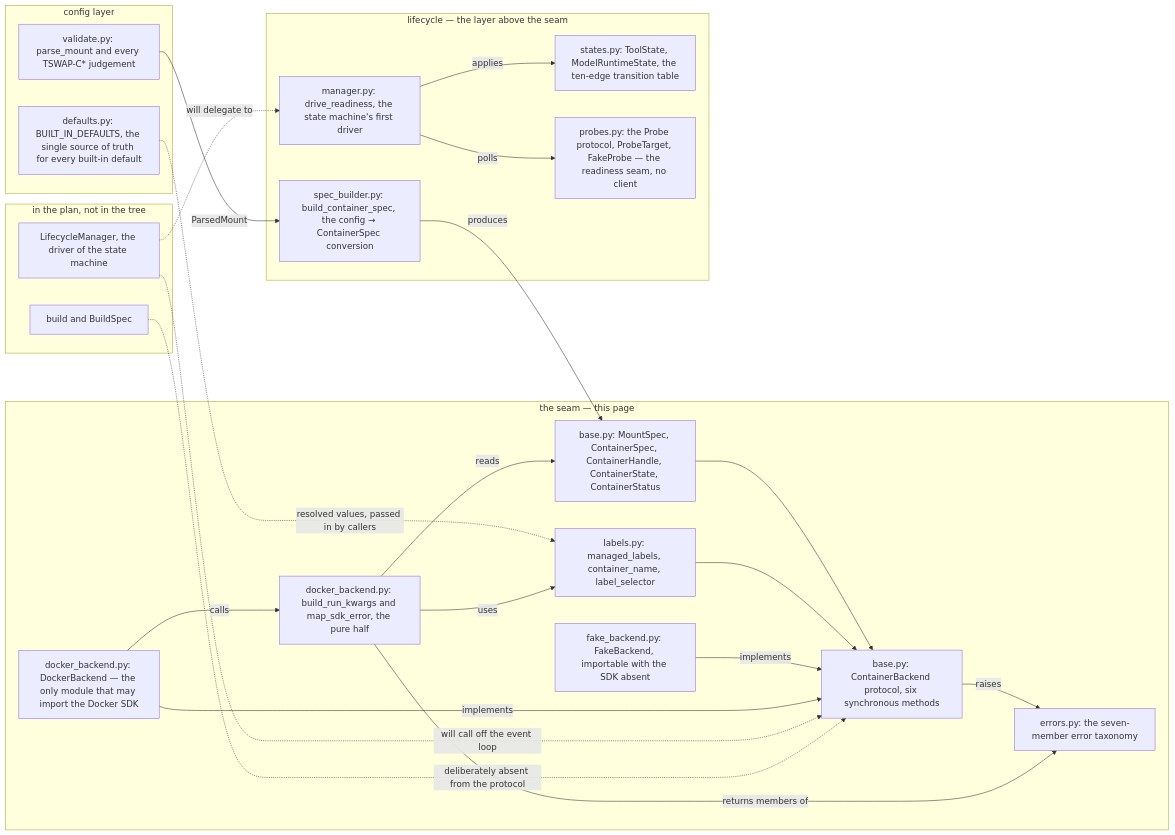
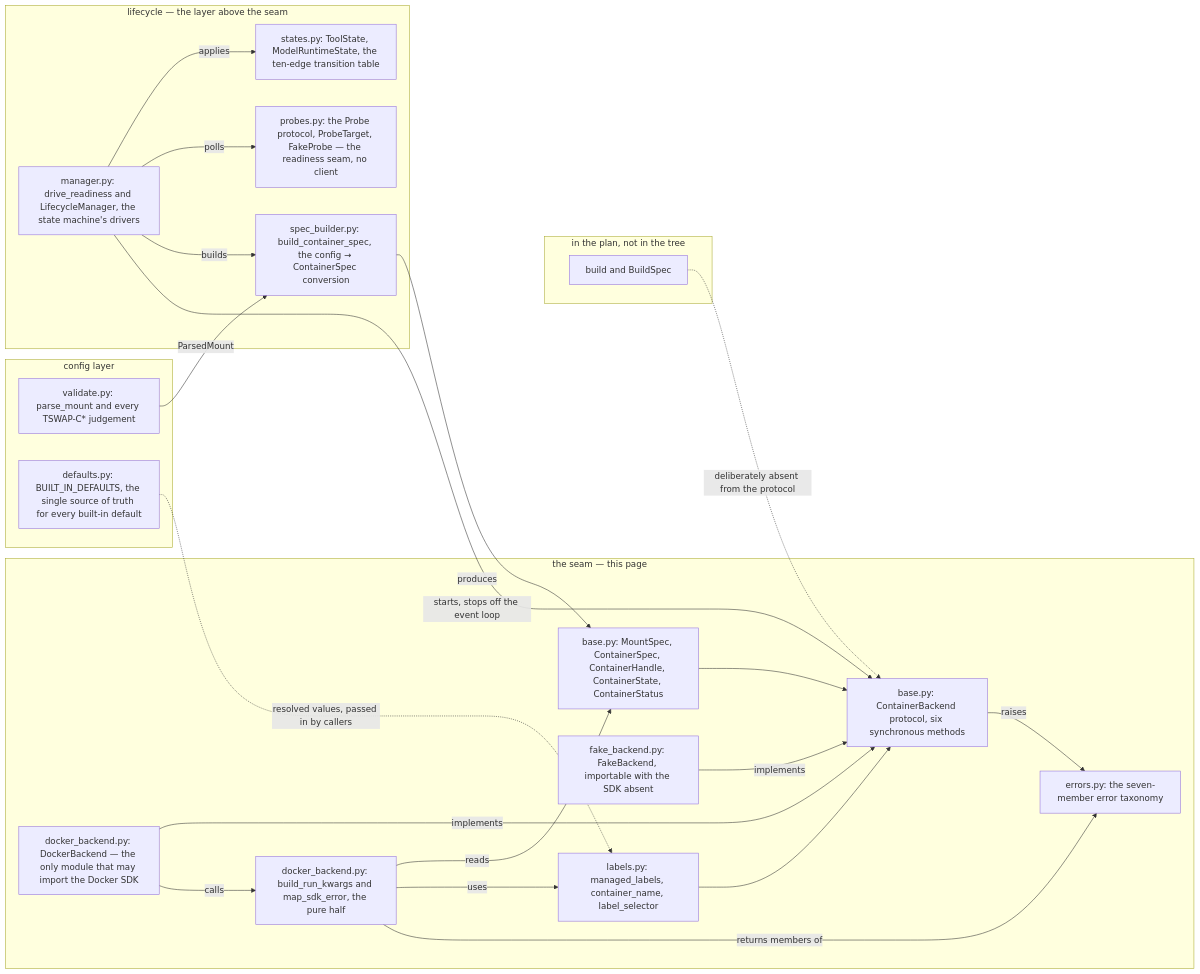
Before and after one commit to iar3-r8/tool-swap: the diagram in docs/backend-seam.md, drawn with Mermaid. The commit also changed other lines of this file and 10 other files, not shown here.

````diff
--- a/docs/backend-seam.md
+++ b/docs/backend-seam.md
@@ -44,43 +44,42 @@
 ```mermaid
 flowchart LR
     subgraph cfg[config layer]
         VAL[validate.py: parse_mount and every TSWAP-C* judgement]
         DEF[defaults.py: BUILT_IN_DEFAULTS, the single source of truth for every built-in default]
     end
     subgraph seam[the seam — this page]
         TYPES[base.py: MountSpec, ContainerSpec, ContainerHandle, ContainerState, ContainerStatus]
         HELPER[labels.py: managed_labels, container_name, label_selector]
         PROTO[base.py: ContainerBackend protocol, six synchronous methods]
         ERR[errors.py: the seven-member error taxonomy]
         FAKE[fake_backend.py: FakeBackend, importable with the SDK absent]
         DOCK[docker_backend.py: DockerBackend — the only module that may import the Docker SDK]
         DOCKT[docker_backend.py: build_run_kwargs and map_sdk_error, the pure half]
     end
     subgraph lifc[lifecycle — the layer above the seam]
         SPEC[spec_builder.py: build_container_spec, the config → ContainerSpec conversion]
         STATES[states.py: ToolState, ModelRuntimeState, the ten-edge transition table]
         PROBE[probes.py: the Probe protocol, ProbeTarget, FakeProbe — the readiness seam, no client]
-        MANAGE[manager.py: drive_readiness, the state machine's first driver]
+        MANAGE[manager.py: drive_readiness and LifecycleManager, the state machine's drivers]
     end
     subgraph future[in the plan, not in the tree]
-        LIFE[LifecycleManager, the driver of the state machine]
         BLD[build and BuildSpec]
     end
     VAL -->|ParsedMount| SPEC
     SPEC -->|produces| TYPES
     DEF -. "resolved values, passed in by callers" .-> HELPER
     TYPES --> PROTO
     HELPER --> PROTO
     PROTO -->|raises| ERR
     FAKE -->|implements| PROTO
     DOCK -->|implements| PROTO
     DOCK -->|calls| DOCKT
     DOCKT -->|reads| TYPES
     DOCKT -->|uses| HELPER
     DOCKT -->|returns members of| ERR
     MANAGE -->|applies| STATES
     MANAGE -->|polls| PROBE
-    LIFE -.->|will delegate to| MANAGE
-    LIFE -.->|will call off the event loop| PROTO
+    MANAGE -->|builds| SPEC
+    MANAGE -->|starts, stops off the event loop| PROTO
     BLD -.->|deliberately absent from the protocol| PROTO
 ```
````
